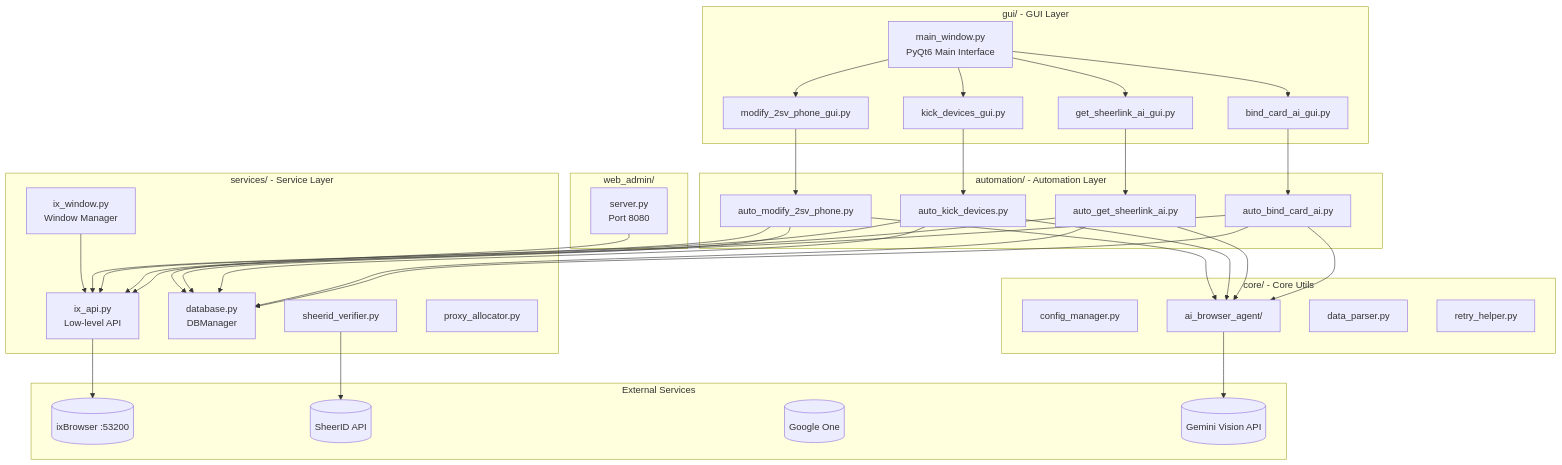
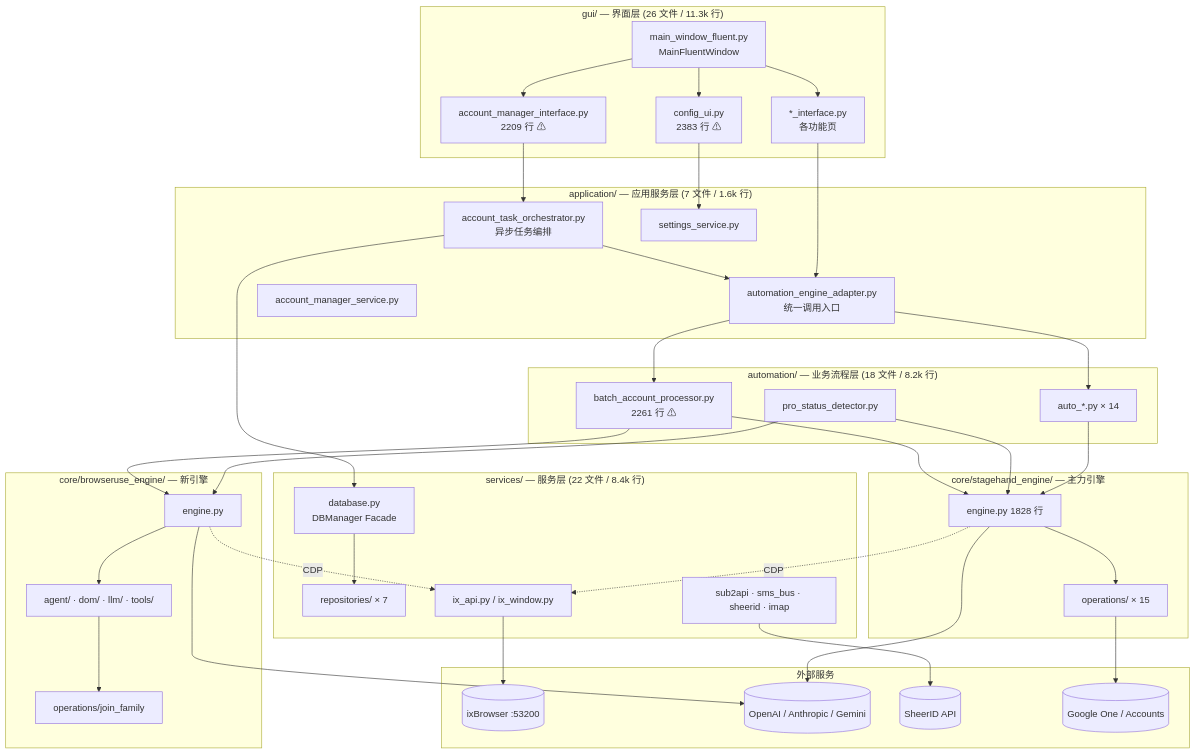
The diagram in CLAUDE.md (onerentop/auto_bitbrowser), drawn with Mermaid before and after one commit. The commit also changed other lines of this file and 1 other file, not shown here.

````diff
--- a/CLAUDE.md
+++ b/CLAUDE.md
@@ -128,61 +62,62 @@
 ```mermaid
 graph TB
-    subgraph GUI["gui/ - GUI Layer"]
-        MW[main_window.py<br/>PyQt6 Main Interface]
-        BG[bind_card_ai_gui.py]
-        SG[get_sheerlink_ai_gui.py]
-        KG[kick_devices_gui.py]
-        M2G[modify_2sv_phone_gui.py]
+    subgraph L1["gui/ — 界面层 (26 文件 / 11.3k 行)"]
+        MWF["main_window_fluent.py<br/>MainFluentWindow"]
+        AMI["account_manager_interface.py<br/>2209 行 ⚠"]
+        CFG["config_ui.py<br/>2383 行 ⚠"]
+        FEAT["*_interface.py<br/>各功能页"]
     end
 
-    subgraph Auto["automation/ - Automation Layer"]
-        ABA[auto_bind_card_ai.py]
-        ASA[auto_get_sheerlink_ai.py]
-        AKD[auto_kick_devices.py]
-        A2SV[auto_modify_2sv_phone.py]
+    subgraph L2["application/ — 应用服务层 (7 文件 / 1.6k 行)"]
+        ATO["account_task_orchestrator.py<br/>异步任务编排"]
+        AEA["automation_engine_adapter.py<br/>统一调用入口"]
+        AMS["account_manager_service.py"]
+        SS["settings_service.py"]
     end
 
-    subgraph Services["services/ - Service Layer"]
-        IXA[ix_api.py<br/>Low-level API]
-        IXW[ix_window.py<br/>Window Manager]
-        DB[database.py<br/>DBManager]
-        SV[sheerid_verifier.py]
-        PA[proxy_allocator.py]
+    subgraph L3["automation/ — 业务流程层 (18 文件 / 8.2k 行)"]
+        BAP["batch_account_processor.py<br/>2261 行 ⚠"]
+        PSD["pro_status_detector.py"]
+        AUTO["auto_*.py × 14"]
     end
 
-    subgraph Core["core/ - Core Utils"]
-        CM[config_manager.py]
-        AIA[ai_browser_agent/]
-        DP[data_parser.py]
-        RH[retry_helper.py]
+    subgraph L4A["core/stagehand_engine/ — 主力引擎"]
+        SE["engine.py 1828 行"]
+        OPS["operations/ × 15"]
     end
 
-    subgraph WebAdmin["web_admin/"]
-        WS[server.py<br/>Port 8080]
+    subgraph L4B["core/browseruse_engine/ — 新引擎"]
+        BE["engine.py"]
+        AG["agent/ · dom/ · llm/ · tools/"]
+        BOPS["operations/join_family"]
     end
 
-    subgraph External["External Services"]
-        IXB[(ixBrowser :53200)]
-        SID[(SheerID API)]
-        GOOG[(Google One)]
-        GEMINI[(Gemini Vision API)]
+    subgraph L5["services/ — 服务层 (22 文件 / 8.4k 行)"]
+        DB["database.py<br/>DBManager Facade"]
+        REPO["repositories/ × 7"]
+        IXA["ix_api.py / ix_window.py"]
+        EXT["sub2api · sms_bus · sheerid · imap"]
     end
 
-    MW --> BG & SG & KG & M2G
-    BG --> ABA
-    SG --> ASA
-    KG --> AKD
-    M2G --> A2SV
+    subgraph EXTSVC["外部服务"]
+        IXB[("ixBrowser :53200")]
+        LLM[("OpenAI / Anthropic / Gemini")]
+        SID[("SheerID API")]
+        GOOG[("Google One / Accounts")]
+    end
 
-    ABA --> IXA & DB & AIA
-    ASA --> IXA & DB & AIA
-    AKD --> IXA & DB & AIA
-    A2SV --> IXA & DB & AIA
-
-    AIA --> GEMINI
-    IXW --> IXA
-    IXA --> IXB
-    SV --> SID
-
-    WS --> DB
+    MWF --> AMI & CFG & FEAT
+    AMI --> ATO --> AEA --> BAP & AUTO
+    FEAT --> AEA
+    CFG --> SS
+    BAP --> SE & BE
+    PSD --> SE & BE
+    AUTO --> SE
+    SE --> OPS --> GOOG
+    BE --> AG --> BOPS
+    SE & BE -.CDP.-> IXA --> IXB
+    SE & BE --> LLM
+    DB --> REPO
+    EXT --> SID
+    ATO --> DB
 ```
````
